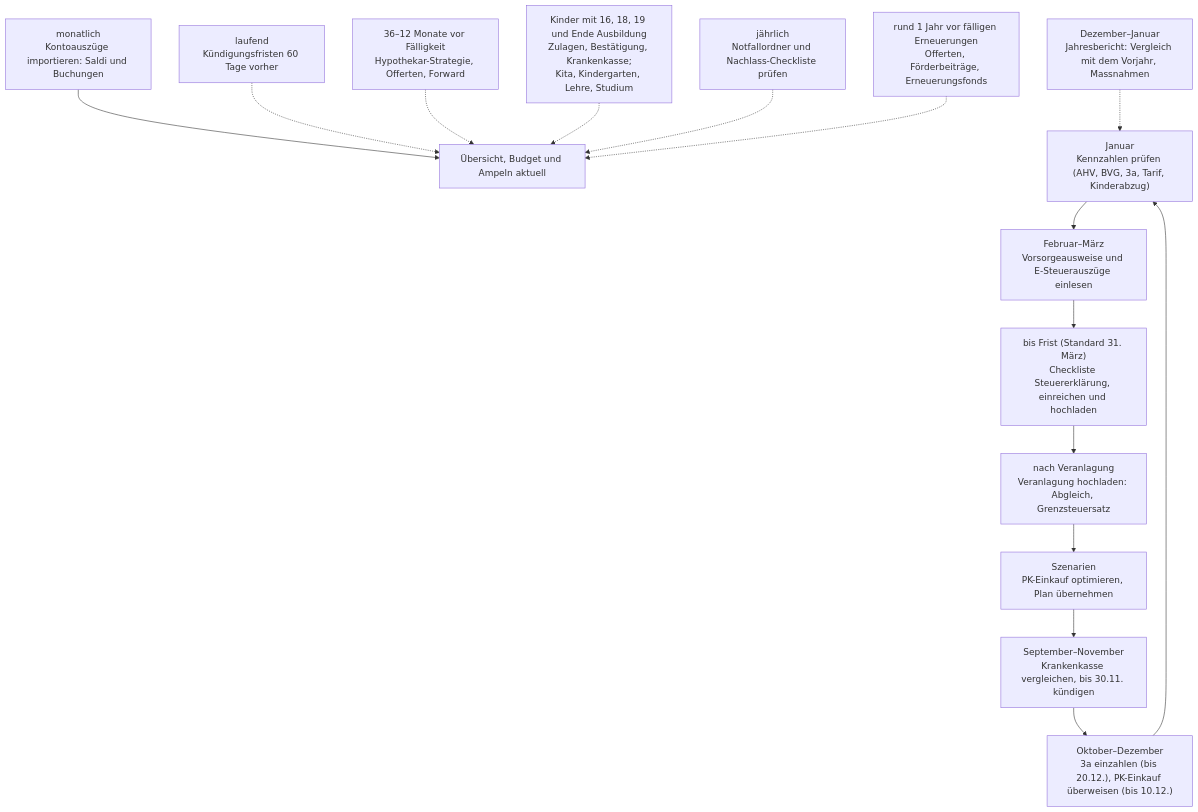
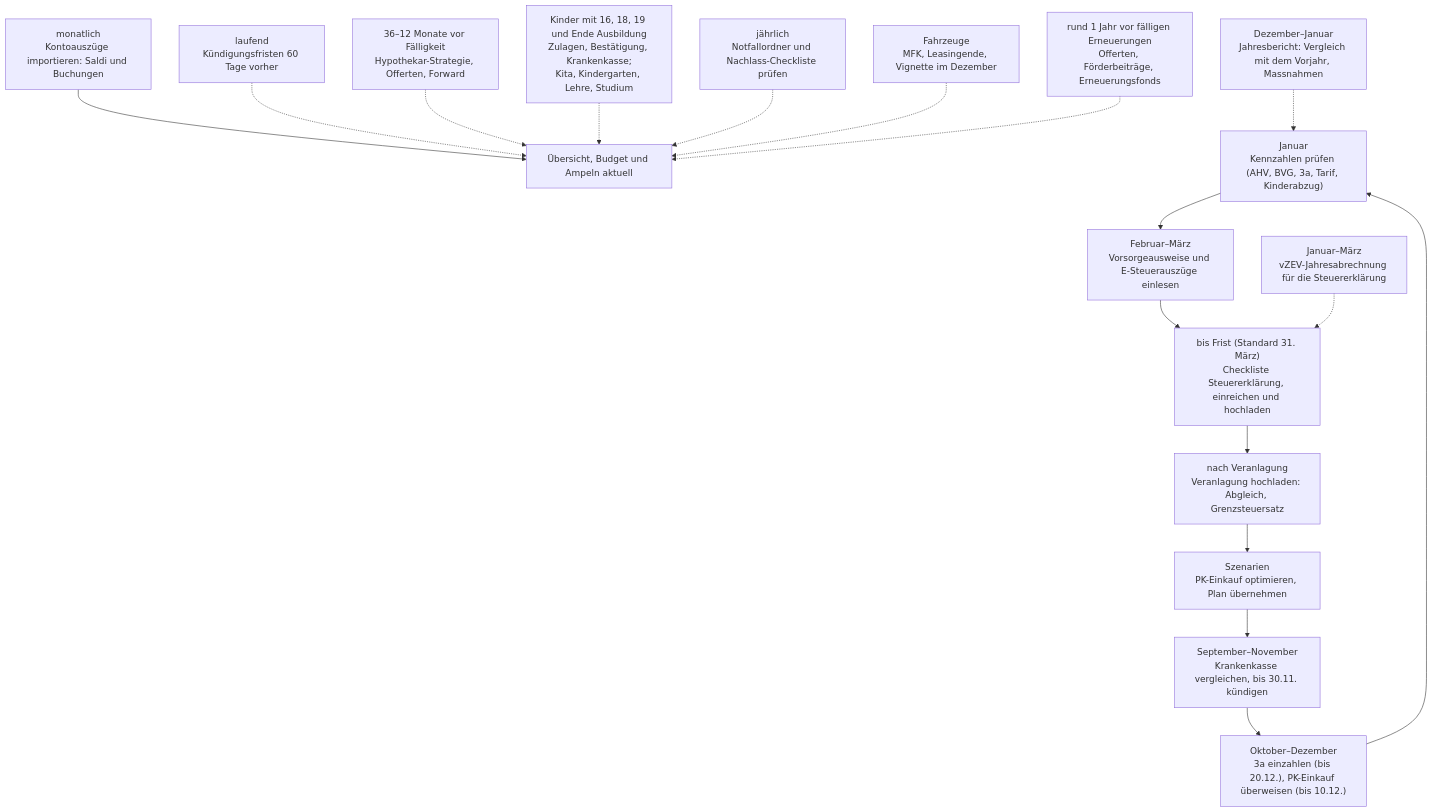
Before and after one commit to khu1985/finanz-ha: the diagram in docs/prozess-jahr.mmd, drawn with Mermaid. The commit also changed 10 other files, not shown here.

Commit message:
0.47.1: Ampeln für Sparen, Kinder, Fahrzeuge, Solar; Doku und Diagramme nachgeführt

```diff
--- a/docs/prozess-jahr.mmd
+++ b/docs/prozess-jahr.mmd
@@ -1,15 +1,17 @@
 flowchart TD
     M["monatlich<br/>Kontoauszüge importieren: Saldi und Buchungen"] --> UE["Übersicht, Budget und Ampeln aktuell"]
     J["Januar<br/>Kennzahlen prüfen (AHV, BVG, 3a, Tarif, Kinderabzug)"] --> F
     F["Februar–März<br/>Vorsorgeausweise und E-Steuerauszüge einlesen"] --> SE
     SE["bis Frist (Standard 31. März)<br/>Checkliste Steuererklärung, einreichen und hochladen"] --> VE
     VE["nach Veranlagung<br/>Veranlagung hochladen: Abgleich, Grenzsteuersatz"] --> SZ
     SZ["Szenarien<br/>PK-Einkauf optimieren, Plan übernehmen"] --> KV
     KV["September–November<br/>Krankenkasse vergleichen, bis 30.11. kündigen"] --> DZ
     DZ["Oktober–Dezember<br/>3a einzahlen (bis 20.12.), PK-Einkauf überweisen (bis 10.12.)"] --> J
     VT["laufend<br/>Kündigungsfristen 60 Tage vorher"] -.-> UE
     HY["36–12 Monate vor Fälligkeit<br/>Hypothekar-Strategie, Offerten, Forward"] -.-> UE
     KD["Kinder mit 16, 18, 19 und Ende Ausbildung<br/>Zulagen, Bestätigung, Krankenkasse;<br/>Kita, Kindergarten, Lehre, Studium"] -.-> UE
     NO["jährlich<br/>Notfallordner und Nachlass-Checkliste prüfen"] -.-> UE
+    FZ["Fahrzeuge<br/>MFK, Leasingende, Vignette im Dezember"] -.-> UE
+    PV["Januar–März<br/>vZEV-Jahresabrechnung für die Steuererklärung"] -.-> SE
     JB["Dezember–Januar<br/>Jahresbericht: Vergleich mit dem Vorjahr, Massnahmen"] -.-> J
     LG["rund 1 Jahr vor fälligen Erneuerungen<br/>Offerten, Förderbeiträge, Erneuerungsfonds"] -.-> UE
```
